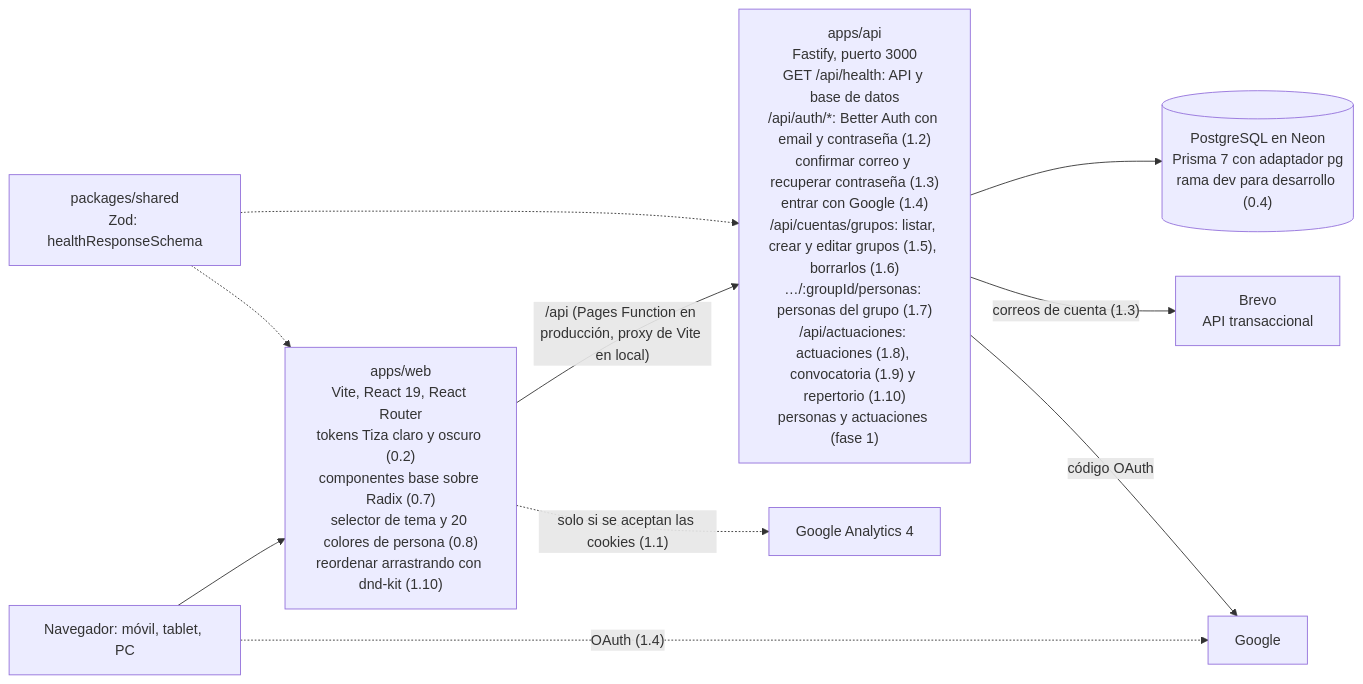
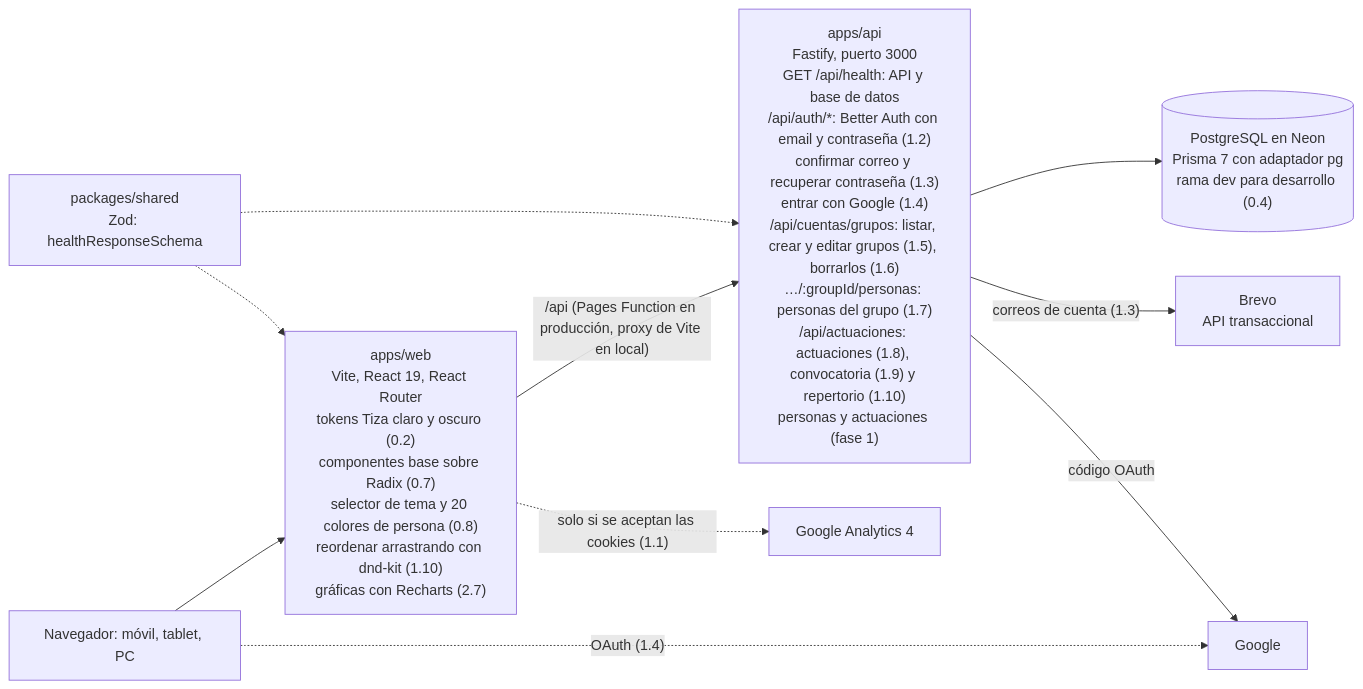
One commit to juananmgz/cuadrocorrocalle changed the diagram in documentation/architecture.md. Above: the diagram before and after it, drawn with Mermaid. The commit also changed other lines of this file and 9 other files, not shown here.

````diff
--- a/documentation/architecture.md
+++ b/documentation/architecture.md
@@ -7,12 +7,12 @@
 ```mermaid
 flowchart LR
-  U["Navegador: móvil, tablet, PC"] --> W["apps/web<br>Vite, React 19, React Router<br>tokens Tiza claro y oscuro (0.2)<br>componentes base sobre Radix (0.7)<br>selector de tema y 20 colores de persona (0.8)<br>reordenar arrastrando con dnd-kit (1.10)"]
+  U["Navegador: móvil, tablet, PC"] --> W["apps/web<br>Vite, React 19, React Router<br>tokens Tiza claro y oscuro (0.2)<br>componentes base sobre Radix (0.7)<br>selector de tema y 20 colores de persona (0.8)<br>reordenar arrastrando con dnd-kit (1.10)<br>gráficas con Recharts (2.7)"]
   W -->|"/api (Pages Function en producción, proxy de Vite en local)"| A["apps/api<br>Fastify, puerto 3000<br>GET /api/health: API y base de datos<br>/api/auth/*: Better Auth con email y contraseña (1.2)<br>confirmar correo y recuperar contraseña (1.3)<br>entrar con Google (1.4)<br>/api/cuentas/grupos: listar, crear y editar grupos (1.5), borrarlos (1.6)<br>…/:groupId/personas: personas del grupo (1.7)<br>/api/actuaciones: actuaciones (1.8), convocatoria (1.9) y repertorio (1.10)<br>personas y actuaciones (fase 1)"]
   A --> D[("PostgreSQL en Neon<br>Prisma 7 con adaptador pg<br>rama dev para desarrollo (0.4)")]
   W -.->|"solo si se aceptan las cookies (1.1)"| GA["Google Analytics 4"]
   A -->|"correos de cuenta (1.3)"| BR["Brevo<br>API transaccional"]
   U -.->|"OAuth (1.4)"| GO["Google"]
   A -->|"código OAuth"| GO
   S["packages/shared<br>Zod: healthResponseSchema"] -.-> W
   S -.-> A
 ```
````
